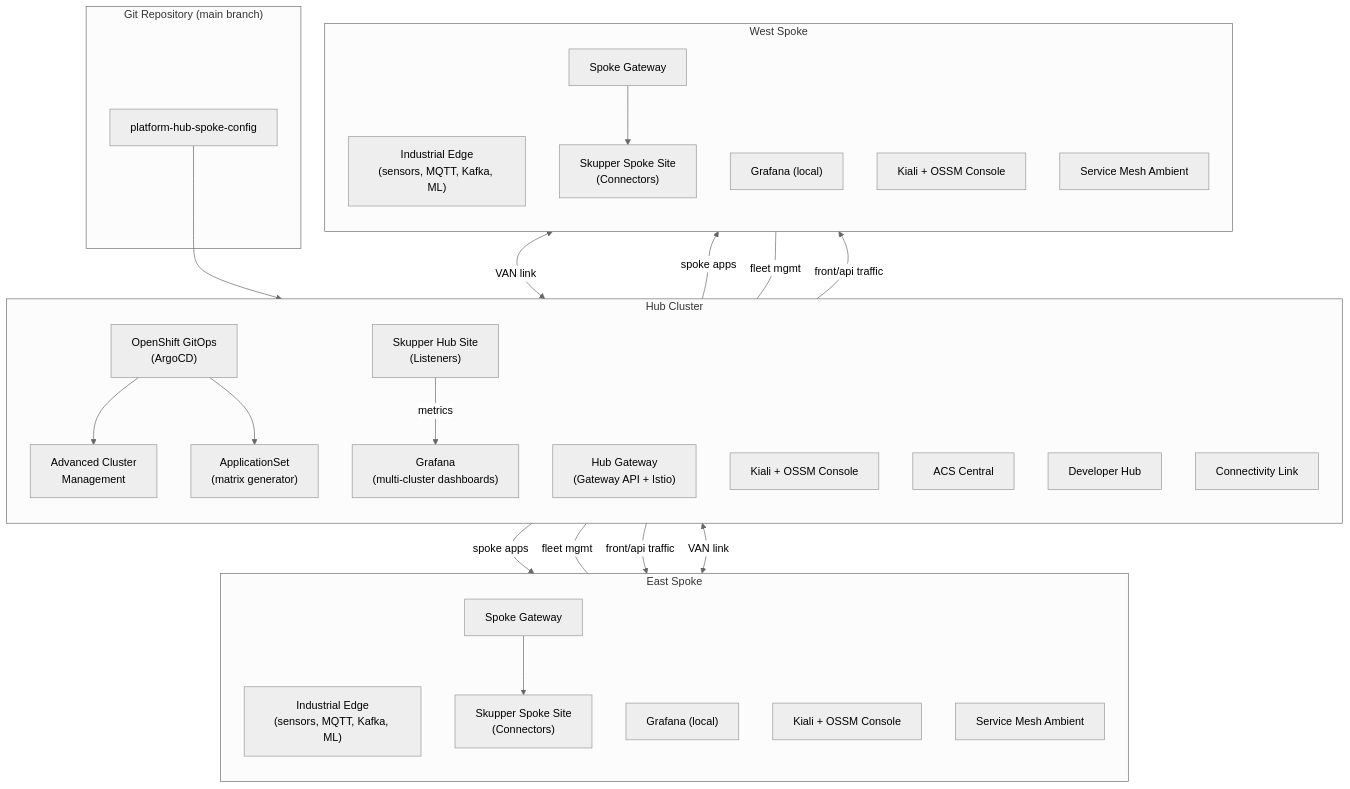
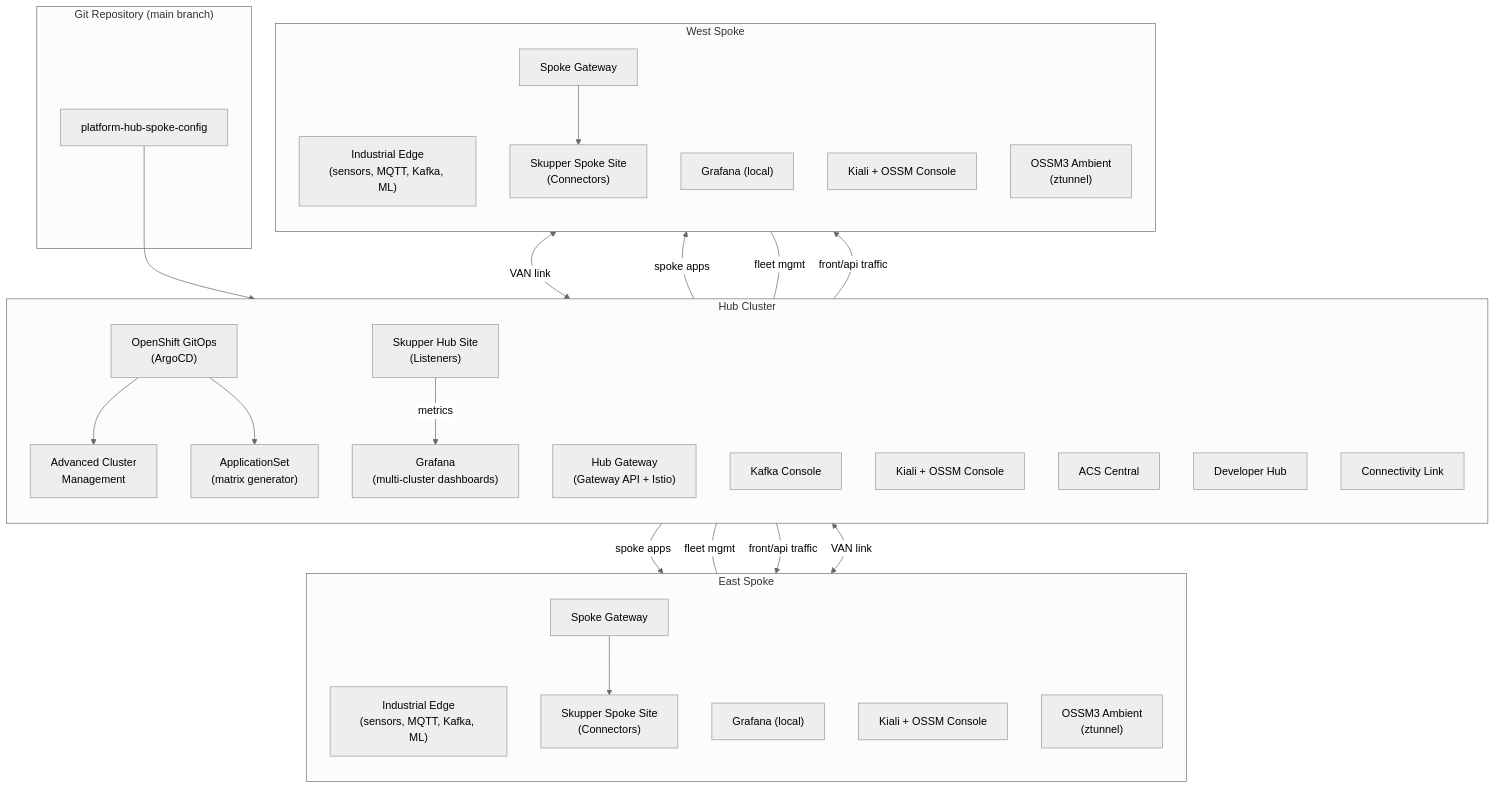
One commit to maximilianoPizarro/platform-hub-spoke-config changed the first of 7 diagrams in docs/architecture.md. Above: the diagram before and after it, drawn with Mermaid (neutral theme). The commit also changed 7 other files, not shown here.

First line of the commit message:
docs: update skills and docs for OSSM3 GA, Kiali, Kafka Console

````diff
--- a/docs/architecture.md
+++ b/docs/architecture.md
@@ -26,55 +26,56 @@
 ```mermaid
 flowchart TB
   subgraph Git["Git Repository (main branch)"]
     REPO["platform-hub-spoke-config"]
   end
 
   subgraph Hub["Hub Cluster"]
     direction TB
     ARGO["OpenShift GitOps<br/>(ArgoCD)"]
     ACM["Advanced Cluster<br/>Management"]
     APPSET["ApplicationSet<br/>(matrix generator)"]
     GW["Hub Gateway<br/>(Gateway API + Istio)"]
     GRAFANA["Grafana<br/>(multi-cluster dashboards)"]
+    KAFKA_C["Kafka Console"]
     KIALI_H["Kiali + OSSM Console"]
     ACS_C["ACS Central"]
     DEVHUB["Developer Hub"]
     SKUPPER_H["Skupper Hub Site<br/>(Listeners)"]
     RHCL["Connectivity Link"]
   end
 
   subgraph East["East Spoke"]
     direction TB
     IE_E["Industrial Edge<br/>(sensors, MQTT, Kafka, ML)"]
     SGW_E["Spoke Gateway"]
     SKUPPER_E["Skupper Spoke Site<br/>(Connectors)"]
     GRAFANA_E["Grafana (local)"]
     KIALI_E["Kiali + OSSM Console"]
-    MESH_E["Service Mesh Ambient"]
+    MESH_E["OSSM3 Ambient<br/>(ztunnel)"]
   end
 
   subgraph West["West Spoke"]
     direction TB
     IE_W["Industrial Edge<br/>(sensors, MQTT, Kafka, ML)"]
     SGW_W["Spoke Gateway"]
     SKUPPER_W["Skupper Spoke Site<br/>(Connectors)"]
     GRAFANA_W["Grafana (local)"]
     KIALI_W["Kiali + OSSM Console"]
-    MESH_W["Service Mesh Ambient"]
+    MESH_W["OSSM3 Ambient<br/>(ztunnel)"]
   end
 
   REPO --> ARGO
   ARGO --> ACM
   ARGO --> APPSET
   APPSET -->|"spoke apps"| East
   APPSET -->|"spoke apps"| West
   ACM ---|"fleet mgmt"| East
   ACM ---|"fleet mgmt"| West
   GW -->|"front/api traffic"| East
   GW -->|"front/api traffic"| West
   SKUPPER_E <-->|"VAN link"| SKUPPER_H
   SKUPPER_W <-->|"VAN link"| SKUPPER_H
   SKUPPER_H -->|"metrics"| GRAFANA
   SGW_E --> SKUPPER_E
   SGW_W --> SKUPPER_W
 ```
````
